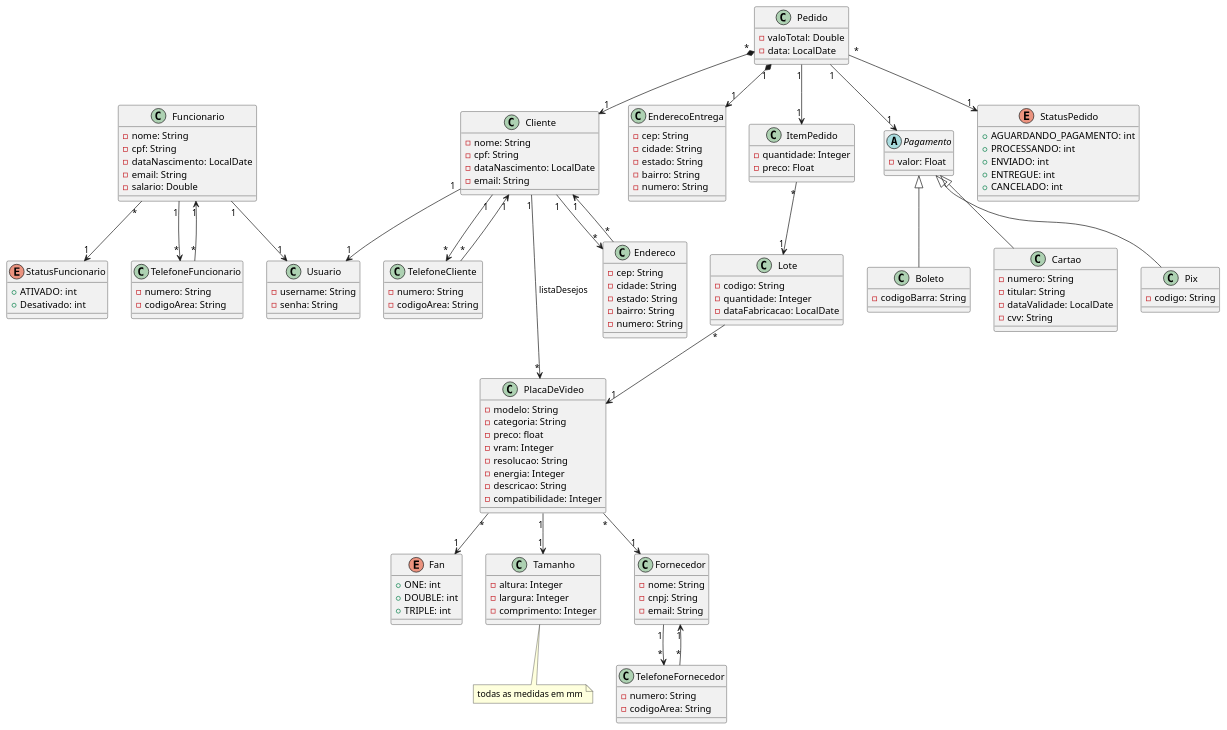
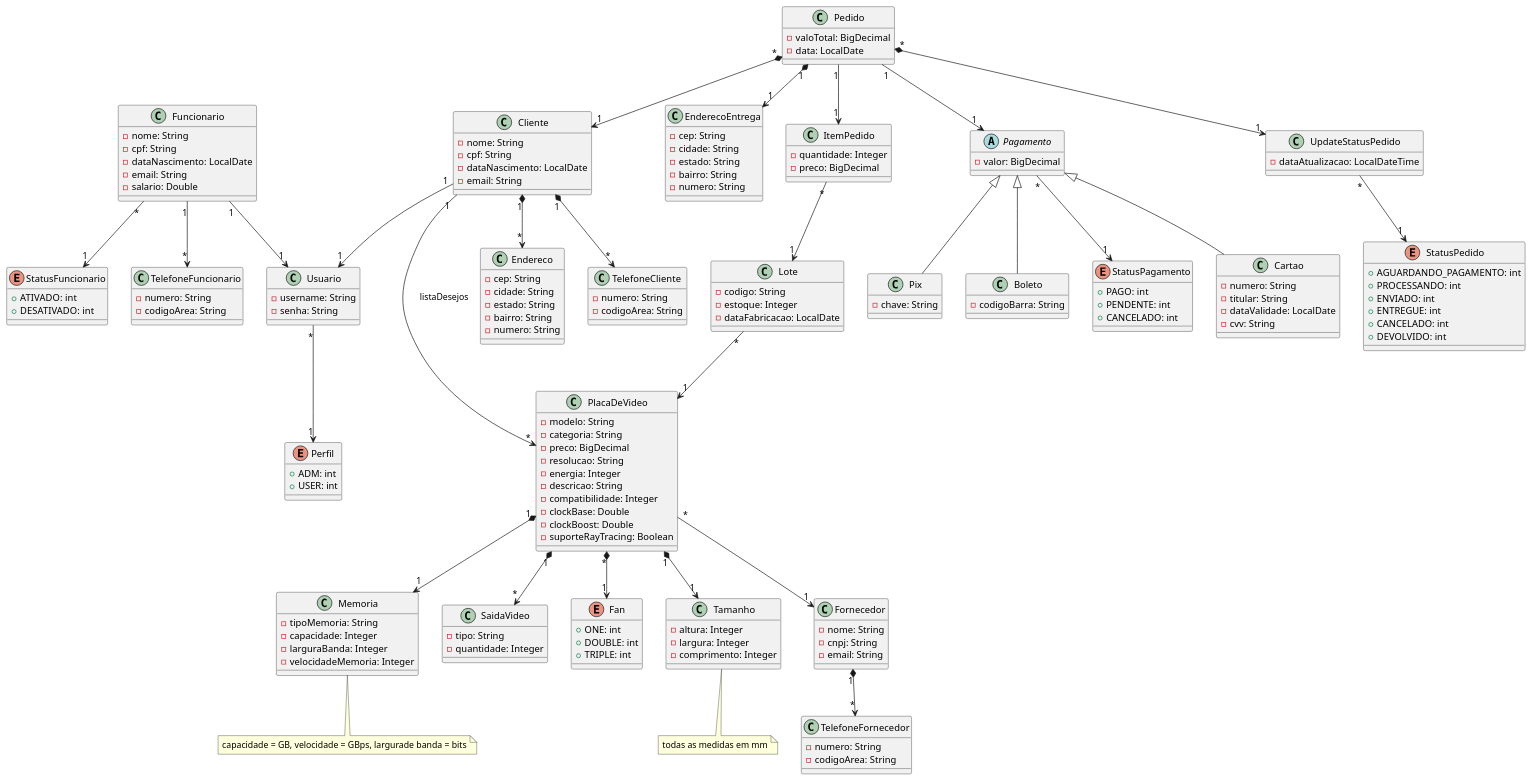
The diagram in src/main/resources/PlacaDeVideo.plantuml (aleksoncastro/placadevideo-tp1-quarkus), drawn with PlantUML before and after one commit. The commit also changed 50 other files, not shown here.

Commit message:
Criação de Pedido e PlacaDeVideo Atualizado

```diff
--- a/src/main/resources/PlacaDeVideo.plantuml
+++ b/src/main/resources/PlacaDeVideo.plantuml
@@ -1,168 +1,199 @@
-class PlacaDeVideo{
+
+class Memoria {
+    - tipoMemoria: String
+    - capacidade: Integer
+    - larguraBanda: Integer
+    - velocidadeMemoria: Integer
+}
+
+class SaidaVideo {
+    - tipo: String
+    - quantidade: Integer
+}
+
+class PlacaDeVideo {
     - modelo: String
     - categoria: String
-    - preco: float
-    - vram: Integer
+    - preco: BigDecimal
     - resolucao: String
     - energia: Integer
     - descricao: String
     - compatibilidade: Integer
+    - clockBase: Double
+    - clockBoost: Double
+    - suporteRayTracing: Boolean
 }
 
 enum Fan{
     + ONE: int
     + DOUBLE: int 
     + TRIPLE: int
 }
 
 class Tamanho{
     - altura: Integer
     - largura: Integer
     - comprimento: Integer
 }
 
 class Fornecedor{
     - nome: String
     - cnpj: String
     - email: String
 }
 
 class Cliente{
     - nome: String
     - cpf: String
     - dataNascimento: LocalDate
     - email: String 
 }
 
 class Endereco{
     - cep: String
     - cidade: String
     - estado: String
     - bairro: String
     - numero: String
 }
 
 class EnderecoEntrega{
     - cep: String
     - cidade: String
     - estado: String
     - bairro: String
     - numero: String
 }
 
 class Lote {
     - codigo: String
-    - quantidade: Integer
+    - estoque: Integer
     - dataFabricacao: LocalDate
 }
 
 class ItemPedido{
     - quantidade: Integer
-    - preco: Float
+    - preco: BigDecimal
 }
 
 class Pedido{
-    - valoTotal: Double
+    - valoTotal: BigDecimal
     - data: LocalDate
 }
 
-class Cartao extends Pagamento {
+class Cartao extends Pagamento{
     - numero: String
     - titular: String
     - dataValidade: LocalDate
     - cvv: String
 }
 
-class Pix extends Pagamento {
-    - codigo: String
+class Pix extends Pagamento{
+    - chave: String
 }
 
-class Boleto extends Pagamento {
+class Boleto extends Pagamento  {
     - codigoBarra: String
 }
 
 abstract class Pagamento{
-    - valor: Float
+    - valor: BigDecimal
+}
+
+enum StatusPagamento{
+    + PAGO: int
+    + PENDENTE: int
+    + CANCELADO: int
+}
+
+class UpdateStatusPedido{
+    - dataAtualizacao: LocalDateTime
 }
 
 enum StatusPedido{
     + AGUARDANDO_PAGAMENTO: int
     + PROCESSANDO: int
     + ENVIADO: int
     + ENTREGUE: int
-    + CANCELADO: int 
+    + CANCELADO: int
+    + DEVOLVIDO: int
 }
 
 class TelefoneCliente{
     - numero: String
     - codigoArea: String
 }
 
 class TelefoneFornecedor{
     - numero: String 
     - codigoArea: String
 }
 
 class Funcionario{
     - nome: String
     - cpf: String
     - dataNascimento: LocalDate
     - email: String
     - salario: Double
 }
 
 class TelefoneFuncionario{
     - numero: String
     - codigoArea: String
 }
 
 class Usuario{
     - username: String
     - senha: String
 }
 
 enum StatusFuncionario{
     + ATIVADO: int
-    + Desativado: int
+    + DESATIVADO: int
+}
+
+enum Perfil{
+    + ADM: int
+    + USER: int
 }
 
 ' RELACIONAMENTOS
 PlacaDeVideo "*" --> "1" Fornecedor
-PlacaDeVideo "1" --> "1" Tamanho
-PlacaDeVideo "*" --> "1" Fan
+PlacaDeVideo "1" *--> "1" Tamanho
+PlacaDeVideo "*" *--> "1" Fan
+PlacaDeVideo "1" *--> "1" Memoria
+PlacaDeVideo "1" *--> "*" SaidaVideo
 
 Lote "*" --> "1" PlacaDeVideo 
 
-Fornecedor "1" --> "*" TelefoneFornecedor
+Fornecedor "1" *--> "*" TelefoneFornecedor
 
 Funcionario "1" --> "*" TelefoneFuncionario
 Funcionario  "1" --> "1" Usuario
 Funcionario "*" --> "1" StatusFuncionario
 
-Cliente "1" --> "*" Endereco
+Cliente "1" *--> "*" Endereco
 Cliente "1" --> "*" PlacaDeVideo : listaDesejos
-Cliente "1" --> "*" TelefoneCliente
+Cliente "1" *--> "*" TelefoneCliente
 Cliente "1" --> "1" Usuario
 
-Endereco "*" --> "1" Cliente
+Usuario "*" --> "1" Perfil
 
-TelefoneCliente "*" --> "1" Cliente 
-
-TelefoneFornecedor "*" --> "1" Fornecedor
-
-TelefoneFuncionario "*" --> "1" Funcionario
 
 Pedido "1" --> "1" ItemPedido
 Pedido "1" *--> "1" EnderecoEntrega
 Pedido "*" *--> "1" Cliente
 Pedido "1" --> "1" Pagamento
-Pedido "*" --> "1" StatusPedido
+Pedido "*" *--> "1" UpdateStatusPedido
+UpdateStatusPedido "*" --> "1" StatusPedido
 
 ItemPedido "*" --> "1" Lote
+
+Pagamento "*" --> "1" StatusPagamento
 ' ANOTACOES
 
 note bottom of Tamanho: todas as medidas em mm
-
+note bottom of Memoria: capacidade = GB, velocidade = GBps, largurade banda = bits
 
 
 @enduml
```
